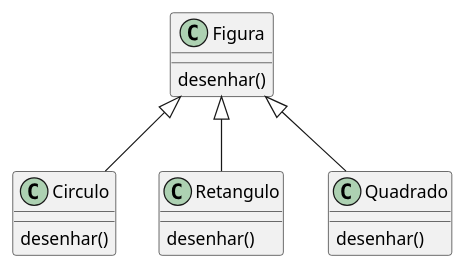
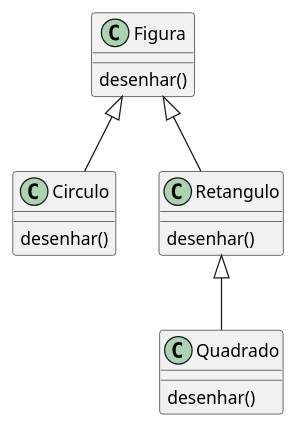
One commit to 20241-ifba-saj-ads-poo/blog-material-aula changed the first of 3 diagrams in src/posts/11_polimorfismo.md. Above: the diagram before and after it, drawn with PlantUML. The commit also changed other lines of this file and 3 other files, not shown here.

````diff
--- a/src/posts/11_polimorfismo.md
+++ b/src/posts/11_polimorfismo.md
@@ -17,20 +17,20 @@
 ```plantuml
 
 @startuml
 class Figura{
     desenhar()
 }
 class Circulo{
     desenhar()
 }
 class Retangulo{
     desenhar()
 }
-class Quadrado{
+class Quadrado extends Retangulo{
     desenhar()
 }
 Figura <|-- Circulo
 Figura <|-- Retangulo
-Figura <|-- Quadrado
+
 @enduml
 ```
````
